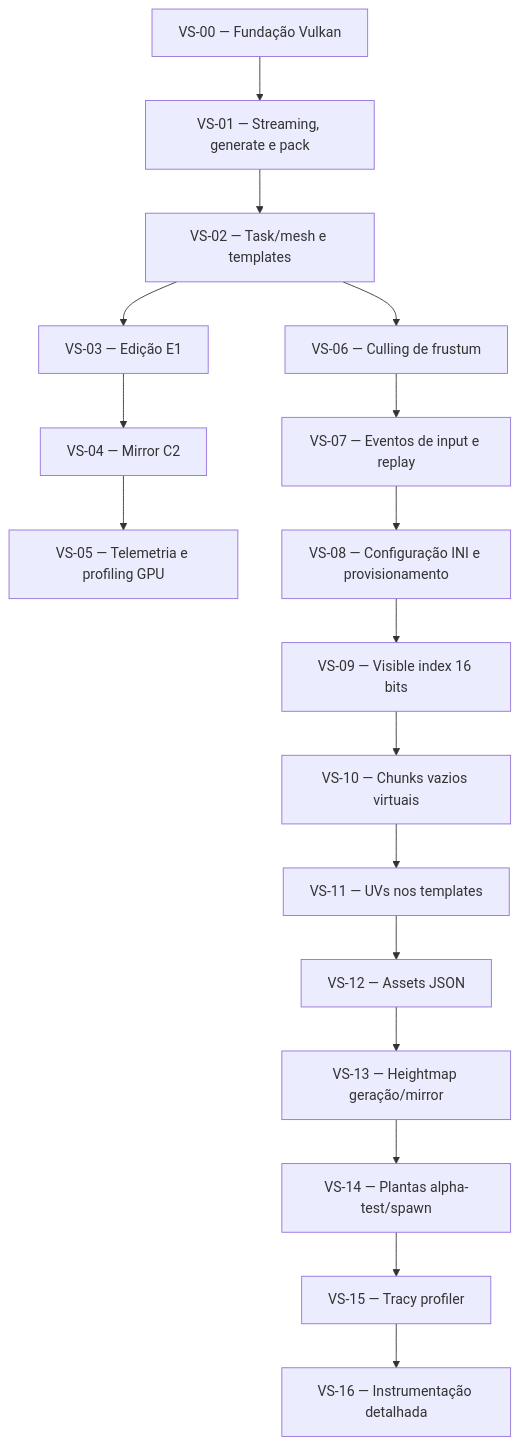
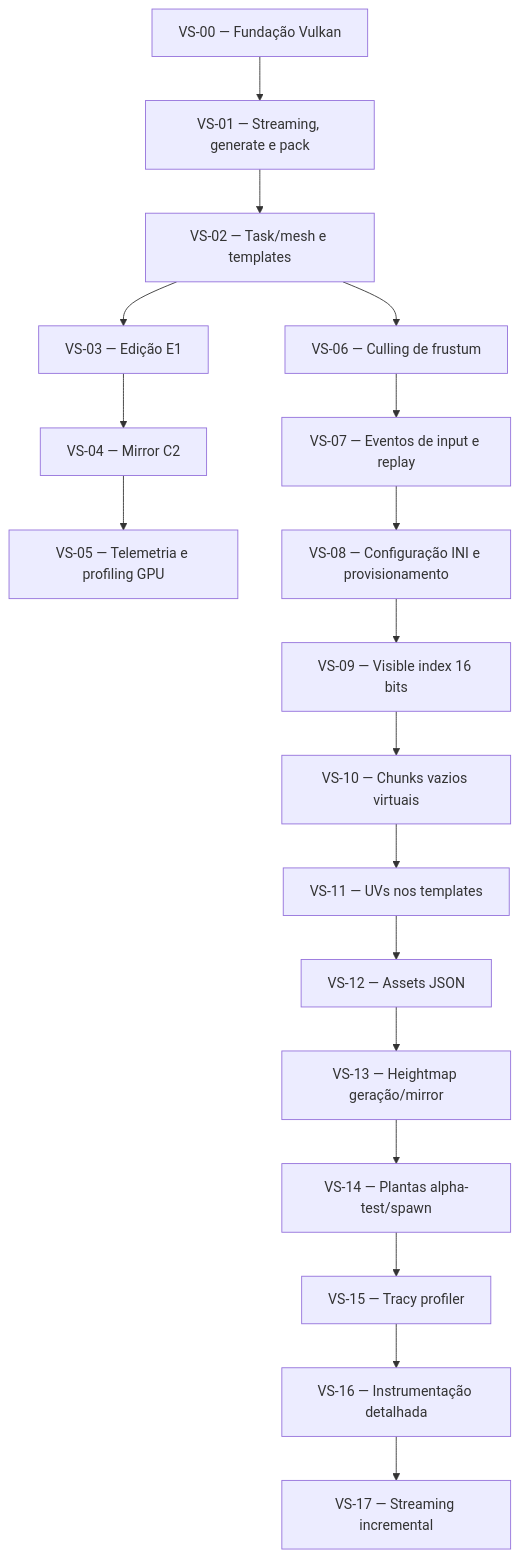
The diagram in docs/obsidian/tracking/dependencias.md (Ruannilton/vox), drawn with Mermaid before and after one commit. The commit also changed other lines of this file and 7 other files, not shown here.

Commit message:
VS-17: streaming incremental — cursor espiral com orçamento por frame

````diff
--- a/docs/obsidian/tracking/dependencias.md
+++ b/docs/obsidian/tracking/dependencias.md
@@ -7,37 +7,39 @@
 ```mermaid
 graph TD
     VS00[VS-00 — Fundação Vulkan]
     VS01[VS-01 — Streaming, generate e pack]
     VS02[VS-02 — Task/mesh e templates]
     VS03[VS-03 — Edição E1]
     VS04[VS-04 — Mirror C2]
     VS05[VS-05 — Telemetria e profiling GPU]
     VS06[VS-06 — Culling de frustum]
     VS07[VS-07 — Eventos de input e replay]
     VS08[VS-08 — Configuração INI e provisionamento]
     VS09[VS-09 — Visible index 16 bits]
     VS10[VS-10 — Chunks vazios virtuais]
     VS11[VS-11 — UVs nos templates]
     VS12[VS-12 — Assets JSON]
     VS13[VS-13 — Heightmap geração/mirror]
     VS14[VS-14 — Plantas alpha-test/spawn]
     VS15[VS-15 — Tracy profiler]
     VS16[VS-16 — Instrumentação detalhada]
+    VS17[VS-17 — Streaming incremental]
 
     VS00 --> VS01
     VS01 --> VS02
     VS02 --> VS03
     VS03 --> VS04
     VS04 --> VS05
     VS02 --> VS06
     VS06 --> VS07
     VS07 --> VS08
     VS08 --> VS09
     VS09 --> VS10
     VS10 --> VS11
     VS11 --> VS12
     VS12 --> VS13
     VS13 --> VS14
     VS14 --> VS15
     VS15 --> VS16
+    VS16 --> VS17
 ```
````
